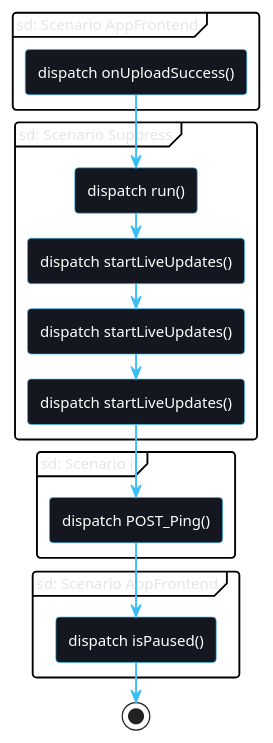
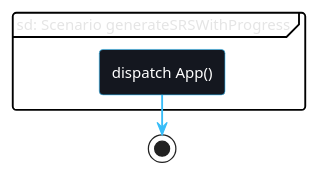
The diagram in web/diagrams/interaction.puml (AhmadHassan-BTed/OpenHeart), drawn with PlantUML before and after one commit. The commit also changed 58 other files, not shown here.

Commit message:
feat(ui): widen repo import bar and implement live step-by-step cloning progress tracker

```diff
--- a/web/diagrams/interaction.puml
+++ b/web/diagrams/interaction.puml
@@ -1,65 +1,53 @@
 @startuml
 skinparam backgroundColor transparent
 skinparam monochrome false
 skinparam shadowing false
 skinparam roundcorner 6
 skinparam defaultFontName "Space Grotesk", "Segoe UI", sans-serif
 skinparam defaultFontColor #e5e5e5
 skinparam defaultFontSize 12
 skinparam ArrowColor #38bdf8
 skinparam ArrowThickness 1.5
 skinparam packageStyle rectangle
 skinparam PackageBorderColor #facc15
 skinparam PackageBackgroundColor #0f141c
 skinparam PackageFontColor #facc15
 skinparam ClassBorderColor #38bdf8
 skinparam ClassBackgroundColor #14171f
 skinparam ClassHeaderBackgroundColor #1e2433
 skinparam ClassFontColor #ffffff
 skinparam ObjectBorderColor #38bdf8
 skinparam ObjectBackgroundColor #14171f
 skinparam ObjectFontColor #ffffff
 skinparam ComponentBorderColor #38bdf8
 skinparam ComponentBackgroundColor #14171f
 skinparam ComponentFontColor #ffffff
 skinparam NodeBorderColor #38bdf8
 skinparam NodeBackgroundColor #14171f
 skinparam NodeFontColor #ffffff
 skinparam StateBorderColor #38bdf8
 skinparam StateBackgroundColor #14171f
 skinparam StateFontColor #ffffff
 skinparam ActivityBorderColor #38bdf8
 skinparam ActivityBackgroundColor #14171f
 skinparam ActivityFontColor #ffffff
 skinparam SequenceLifeLineBorderColor #38bdf8
 skinparam SequenceLifeLineBackgroundColor #14171f
 skinparam SequenceGroupBorderColor #facc15
 skinparam SequenceGroupBackgroundColor #0f141c
 skinparam SequenceGroupFontColor #facc15
 skinparam ParticipantBorderColor #38bdf8
 skinparam ParticipantBackgroundColor #14171f
 skinparam ParticipantFontColor #ffffff
 skinparam ActorBorderColor #facc15
 skinparam ActorBackgroundColor #14171f
 skinparam ActorFontColor #ffffff
 skinparam UsecaseBorderColor #38bdf8
 skinparam UsecaseBackgroundColor #14171f
 skinparam UsecaseFontColor #ffffff
 
-partition "sd: Scenario AppFrontend" {
-  :dispatch onUploadSuccess();
-}
-partition "sd: Scenario Suppress" {
-  :dispatch run();
-  :dispatch startLiveUpdates();
-  :dispatch startLiveUpdates();
-  :dispatch startLiveUpdates();
-}
-partition "sd: Scenario if" {
-  :dispatch POST_Ping();
-}
-partition "sd: Scenario AppFrontend" {
-  :dispatch isPaused();
+partition "sd: Scenario generateSRSWithProgress" {
+  :dispatch App();
 }
 stop
 @enduml
```
